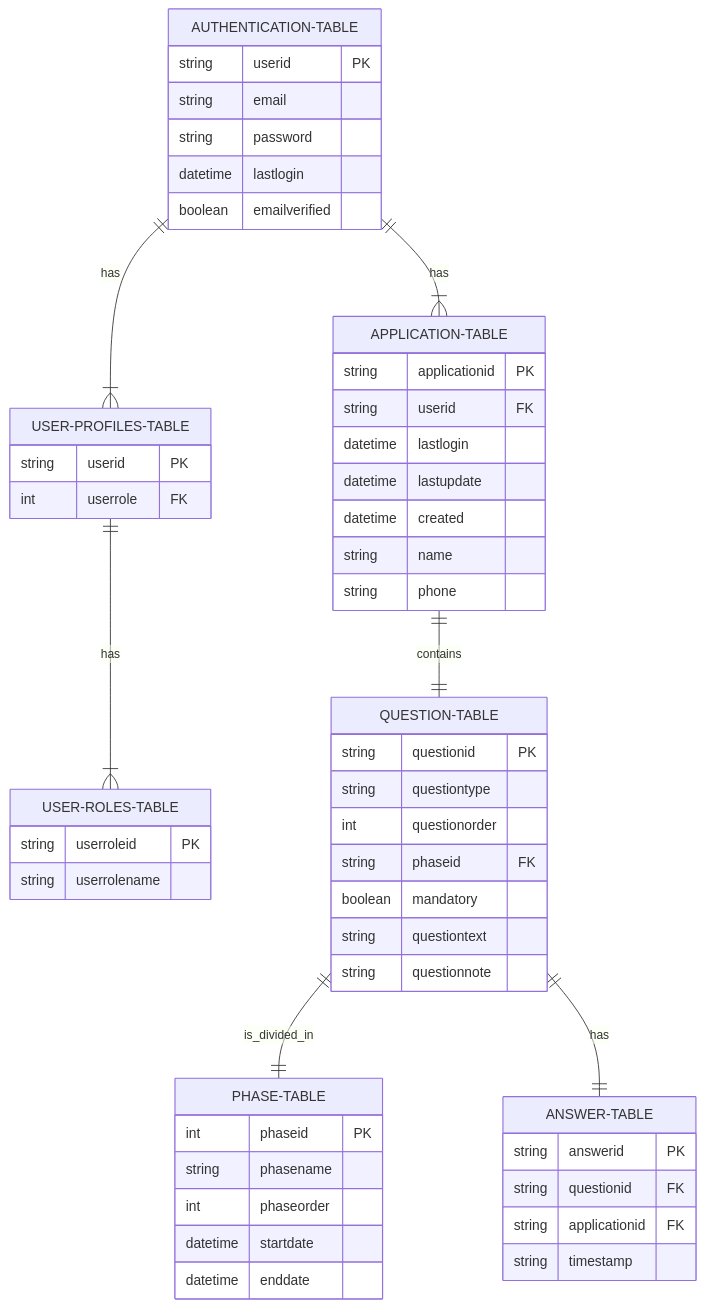
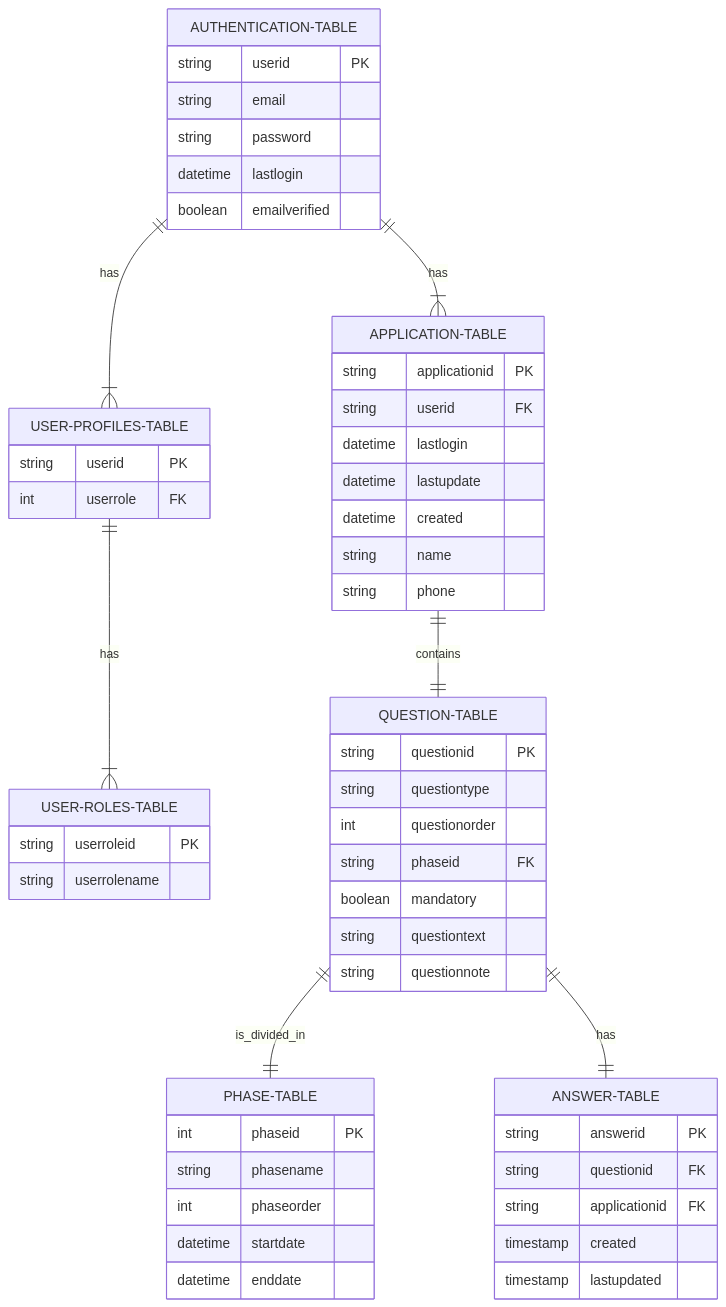
The first of 3 diagrams in backend/README.md (Interperle/application-platform), drawn with Mermaid before and after one commit. The commit also changed 1 other file, not shown here.

Commit message:
updated params of answer table

````diff
--- a/backend/README.md
+++ b/backend/README.md
@@ -6,63 +6,64 @@
 ```mermaid
 erDiagram
     AUTHENTICATION-TABLE ||--|{ APPLICATION-TABLE : has
     AUTHENTICATION-TABLE ||--|{ USER-PROFILES-TABLE : has
     USER-PROFILES-TABLE ||--|{ USER-ROLES-TABLE : has
     APPLICATION-TABLE ||--|| QUESTION-TABLE : contains
     QUESTION-TABLE ||--|| PHASE-TABLE : is_divided_in
     QUESTION-TABLE ||--|| ANSWER-TABLE : has
 
     %% default Supabase Authentication Table
     AUTHENTICATION-TABLE {
         string userid PK
         string email
         string password
         datetime lastlogin
         boolean emailverified
     }
     
     USER-PROFILES-TABLE {
         string userid PK
         int userrole FK
     }
 
     USER-ROLES-TABLE {
         string userroleid PK
         string userrolename
     }
 
     APPLICATION-TABLE {
         string applicationid PK
         string userid FK
         datetime lastlogin
         datetime lastupdate
         datetime created
         string name
         string phone
     }
 
     PHASE-TABLE {
         int phaseid PK
         string phasename
         int phaseorder
         datetime startdate
         datetime enddate
     }
 
     QUESTION-TABLE {
         string questionid PK
         string questiontype
         int questionorder
         string phaseid FK
         boolean mandatory
         string questiontext
         string questionnote
     }
 
     ANSWER-TABLE {
         string answerid PK
         string questionid FK
         string applicationid FK
-        string timestamp
+        timestamp created
+        timestamp lastupdated
     }
 ```
````
